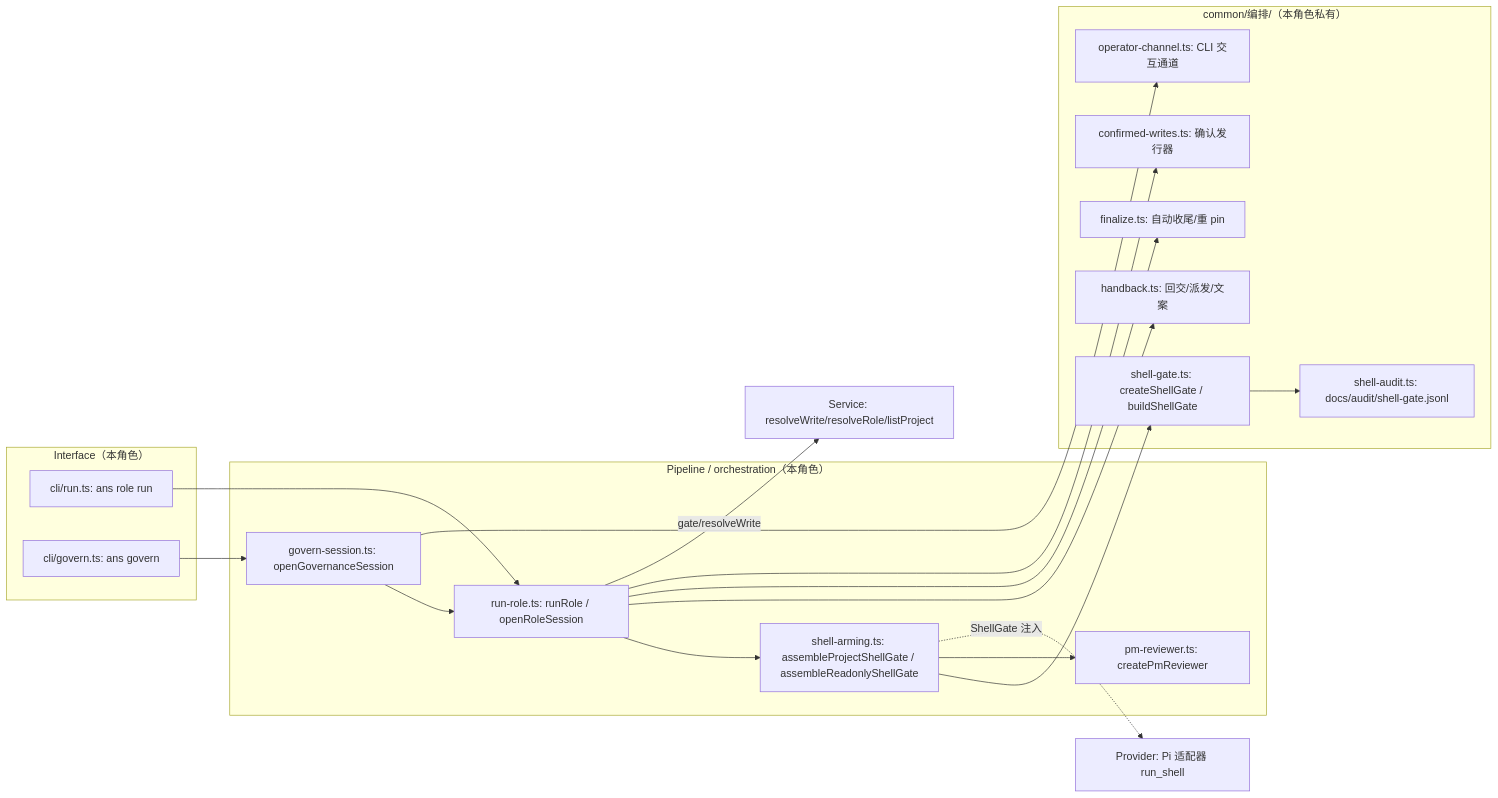
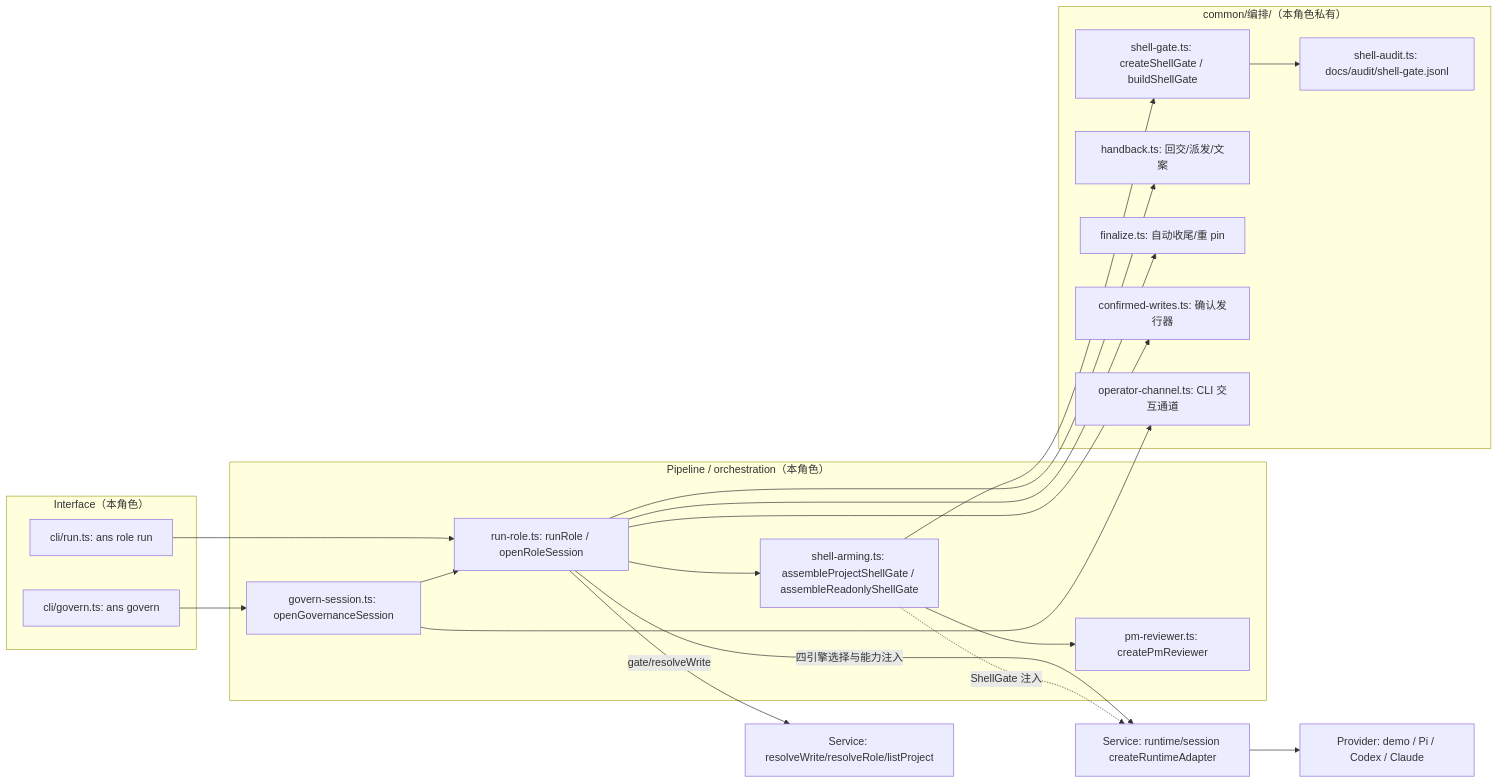
The diagram in 角色卡/编排/functional-description.md (wangzhongren/ans-studio), drawn with Mermaid before and after one commit. The commit also changed other lines of this file and 399 other files, not shown here.

First line of the commit message:
feat: 接入 Codex 和 Claude 并建立运行时接入组

````diff
--- a/角色卡/编排/functional-description.md
+++ b/角色卡/编排/functional-description.md
@@ -8,34 +8,36 @@
 ```mermaid
 flowchart LR
   subgraph Interface["Interface（本角色）"]
     run[cli/run.ts: ans role run]
     govern[cli/govern.ts: ans govern]
   end
   subgraph Pipeline["Pipeline / orchestration（本角色）"]
     role[run-role.ts: runRole / openRoleSession]
     gs[govern-session.ts: openGovernanceSession]
     pm[pm-reviewer.ts: createPmReviewer]
     arm[shell-arming.ts: assembleProjectShellGate / assembleReadonlyShellGate]
   end
   subgraph Common["common/编排/（本角色私有）"]
     gate[shell-gate.ts: createShellGate / buildShellGate]
     audit[shell-audit.ts: docs/audit/shell-gate.jsonl]
     hb[handback.ts: 回交/派发/文案]
     fin[finalize.ts: 自动收尾/重 pin]
     conf[confirmed-writes.ts: 确认发行器]
     ch[operator-channel.ts: CLI 交互通道]
   end
   run --> role
   govern --> gs
   gs --> role
   role --> arm
   arm --> gate
   gate --> audit
   arm --> pm
   role --> hb
   role --> fin
   role --> conf
   gs --> ch
   role -->|gate/resolveWrite| svc[Service: resolveWrite/resolveRole/listProject]
-  arm -.->|ShellGate 注入| pi[Provider: Pi 适配器 run_shell]
+  role -->|四引擎选择与能力注入| rt[Service: runtime/session createRuntimeAdapter]
+  rt --> providers[Provider: demo / Pi / Codex / Claude]
+  arm -.->|ShellGate 注入| rt
 ```
````
